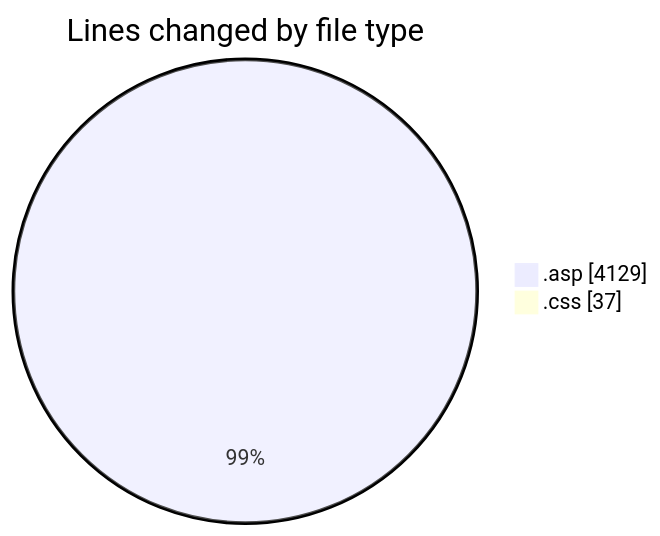
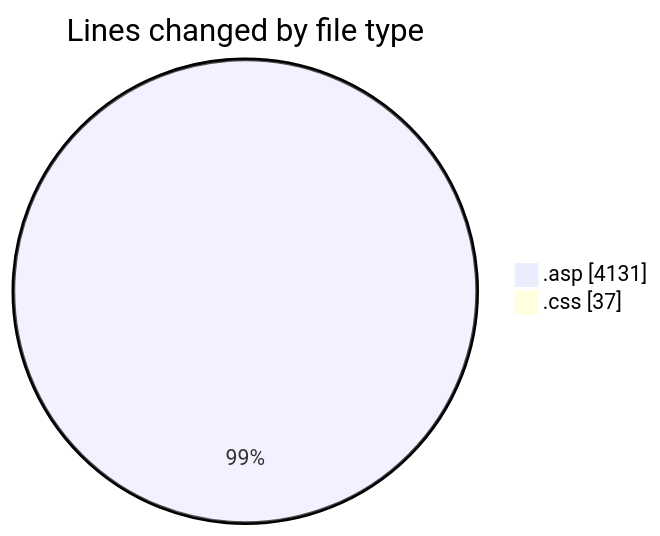
Before and after one commit to julien-gomy/code-tracking: the first of 2 diagrams in 2025-11-02/cdp_aleoudev_fr__workspace_/README.md, drawn with Mermaid. The commit also changed other lines of this file and 1 other file, not shown here.

````diff
--- a/2025-11-02/cdp_aleoudev_fr__workspace_/README.md
+++ b/2025-11-02/cdp_aleoudev_fr__workspace_/README.md
@@ -24,6 +24,6 @@
 ```mermaid
 pie showData
 title Lines changed by file type
-".asp" : 4129
+".asp" : 4131
 ".css" : 37
 ```
````
